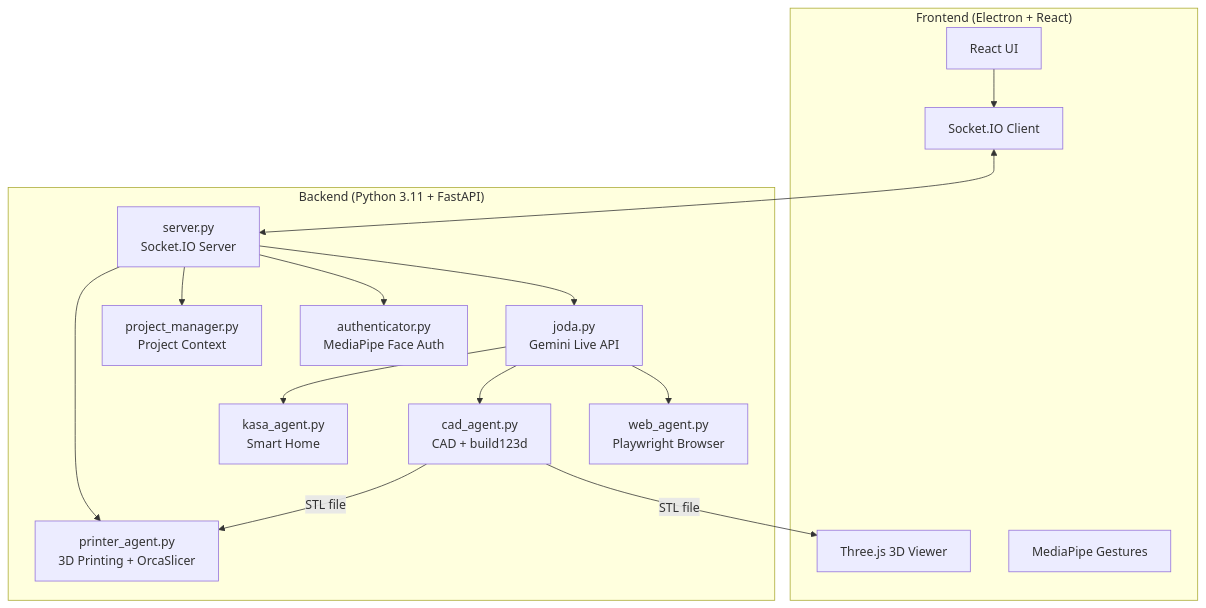
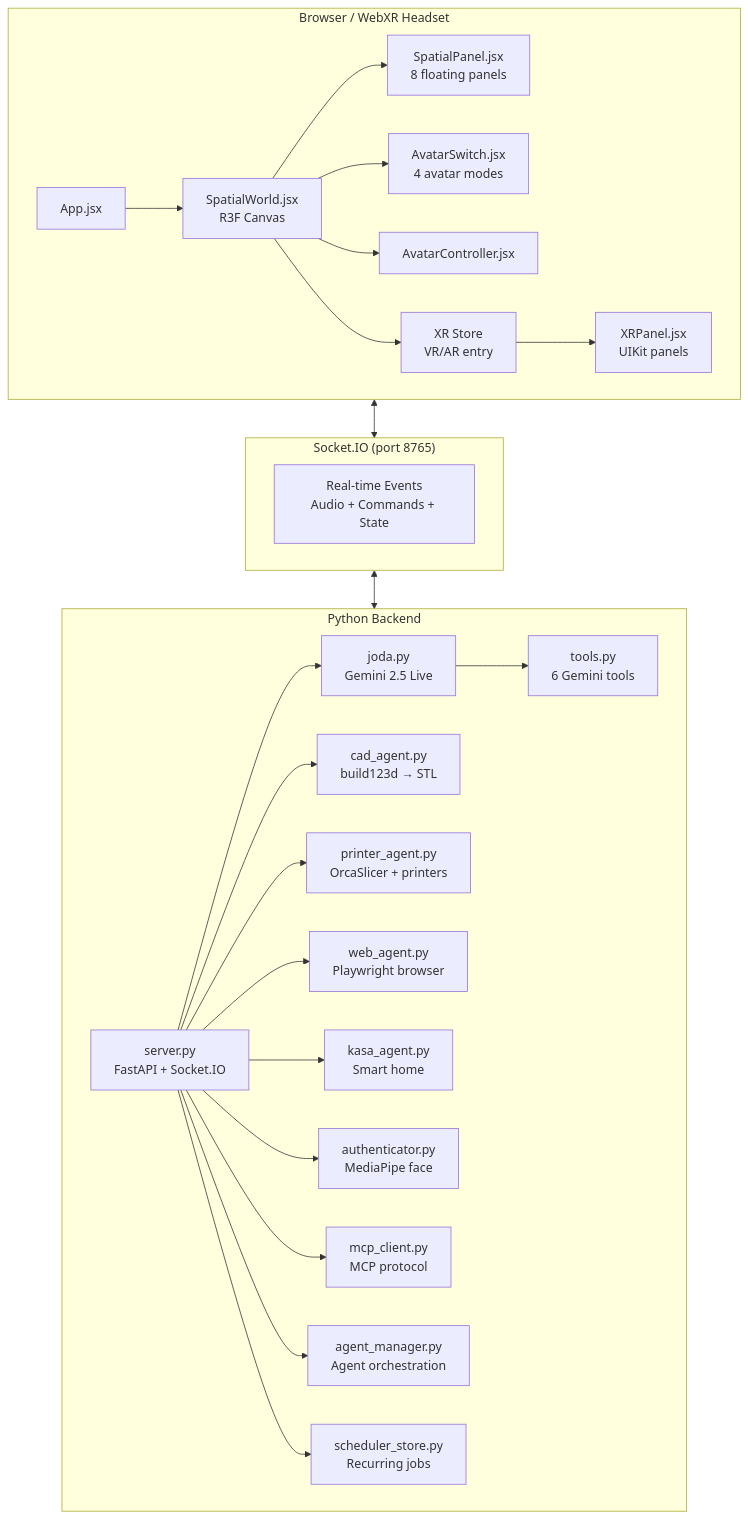
The diagram in README.md (joe-nano/ada_v2), drawn with Mermaid before and after one commit. The commit also changed other lines of this file and 28 other files, not shown here.

First line of the commit message:
fix: stable spatial panels, Claude/Gemini fallback chain, updated intro

````diff
--- a/README.md
+++ b/README.md
@@ -90,32 +120,52 @@
 ```mermaid
 graph TB
-    subgraph Frontend ["Frontend (Electron + React)"]
-        UI[React UI]
-        THREE[Three.js 3D Viewer]
-        GESTURE[MediaPipe Gestures]
-        SOCKET_C[Socket.IO Client]
-    end
-    
-    subgraph Backend ["Backend (Python 3.11 + FastAPI)"]
-        SERVER[server.py<br/>Socket.IO Server]
-        JODA[joda.py<br/>Gemini Live API]
-        WEB[web_agent.py<br/>Playwright Browser]
-        CAD[cad_agent.py<br/>CAD + build123d]
-        PRINTER[printer_agent.py<br/>3D Printing + OrcaSlicer]
-        KASA[kasa_agent.py<br/>Smart Home]
-        AUTH[authenticator.py<br/>MediaPipe Face Auth]
-        PM[project_manager.py<br/>Project Context]
+    subgraph Browser["Browser / WebXR Headset"]
+        App[App.jsx]
+        SW[SpatialWorld.jsx<br/>R3F Canvas]
+        SP[SpatialPanel.jsx<br/>8 floating panels]
+        AS[AvatarSwitch.jsx<br/>4 avatar modes]
+        AC[AvatarController.jsx]
+        XR[XR Store<br/>VR/AR entry]
+        XRP[XRPanel.jsx<br/>UIKit panels]
+
+        App --> SW
+        SW --> SP
+        SW --> AS
+        SW --> AC
+        SW --> XR
+        XR --> XRP
     end
 
-    UI --> SOCKET_C
-    SOCKET_C <--> SERVER
-    SERVER --> JODA
-    JODA --> WEB
-    JODA --> CAD
-    JODA --> KASA
-    SERVER --> AUTH
-    SERVER --> PM
-    SERVER --> PRINTER
-    CAD -->|STL file| THREE
-    CAD -->|STL file| PRINTER
+    subgraph SocketIO["Socket.IO (port 8765)"]
+        SIO[Real-time Events<br/>Audio + Commands + State]
+    end
+
+    subgraph Backend["Python Backend"]
+        SRV[server.py<br/>FastAPI + Socket.IO]
+        JODA[joda.py<br/>Gemini 2.5 Live]
+        TOOLS[tools.py<br/>6 Gemini tools]
+
+        CAD[cad_agent.py<br/>build123d → STL]
+        PRT[printer_agent.py<br/>OrcaSlicer + printers]
+        WEB[web_agent.py<br/>Playwright browser]
+        KASA[kasa_agent.py<br/>Smart home]
+        AUTH[authenticator.py<br/>MediaPipe face]
+        MCP[mcp_client.py<br/>MCP protocol]
+        AGT[agent_manager.py<br/>Agent orchestration]
+        SCH[scheduler_store.py<br/>Recurring jobs]
+
+        SRV --> JODA
+        JODA --> TOOLS
+        SRV --> CAD
+        SRV --> PRT
+        SRV --> WEB
+        SRV --> KASA
+        SRV --> AUTH
+        SRV --> MCP
+        SRV --> AGT
+        SRV --> SCH
+    end
+
+    Browser <--> SocketIO
+    SocketIO <--> Backend
 ```
````
